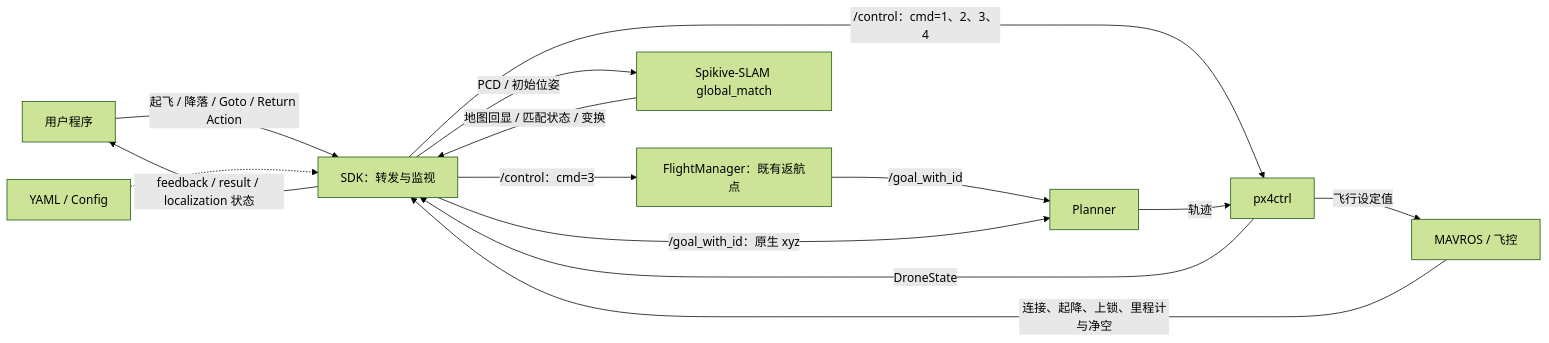
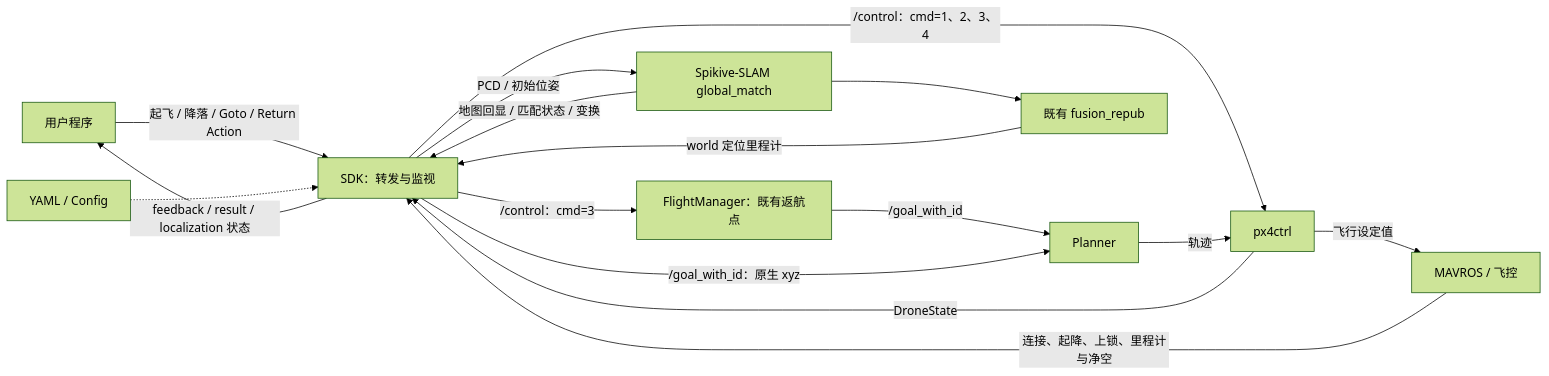
Before and after one commit to QGDuan/Spikive-Control-SDK: the diagram in README.md, drawn with Mermaid (forest theme). The commit also changed other lines of this file and 19 other files, not shown here.

````diff
--- a/README.md
+++ b/README.md
@@ -15,16 +17,18 @@
 ```mermaid
 flowchart LR
   U[用户程序] -->|起飞 / 降落 / Goto / Return Action| S[SDK：转发与监视]
   C[YAML / Config] -.-> S
   S -->|/control：cmd=1、2、3、4| P[px4ctrl]
   S -->|/control：cmd=3| F[FlightManager：既有返航点]
   F -->|/goal_with_id| G[Planner]
   S -->|/goal_with_id：原生 xyz| G
   G -->|轨迹| P
   P -->|飞行设定值| M[MAVROS / 飞控]
   P -->|DroneState| S
   M -->|连接、起降、上锁、里程计与净空| S
   S -->|PCD / 初始位姿| L[Spikive-SLAM global_match]
   L -->|地图回显 / 匹配状态 / 变换| S
+  L --> R[既有 fusion_repub]
+  R -->|world 定位里程计| S
   S -->|feedback / result / localization 状态| U
 ```
````
